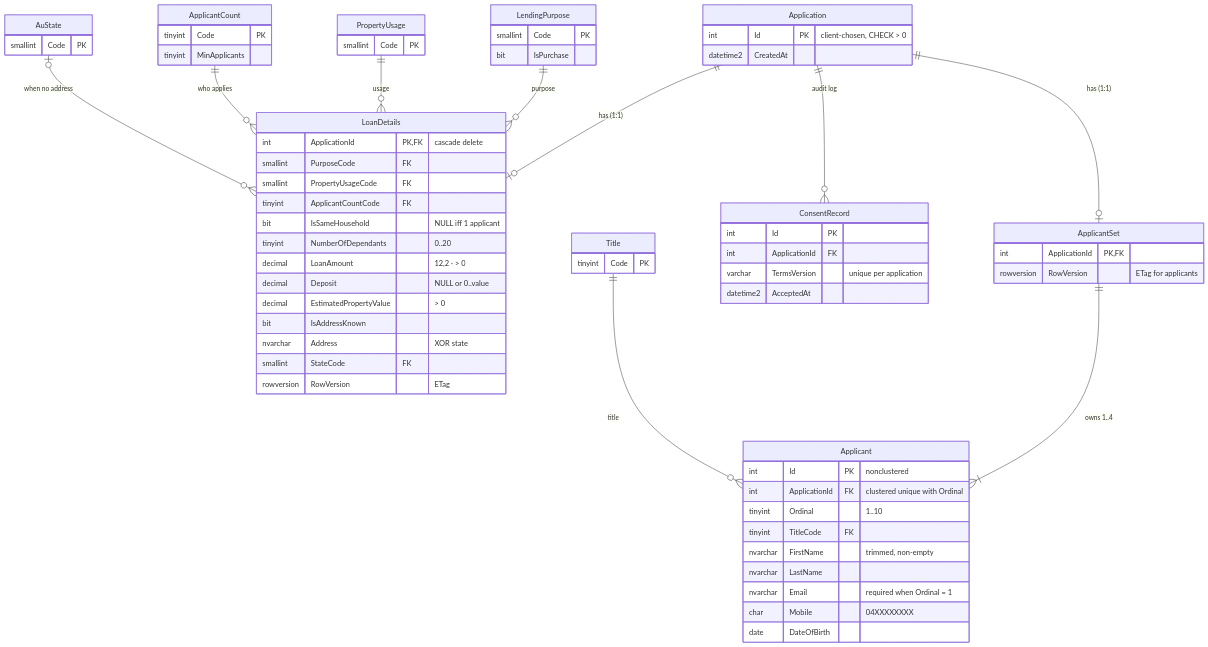
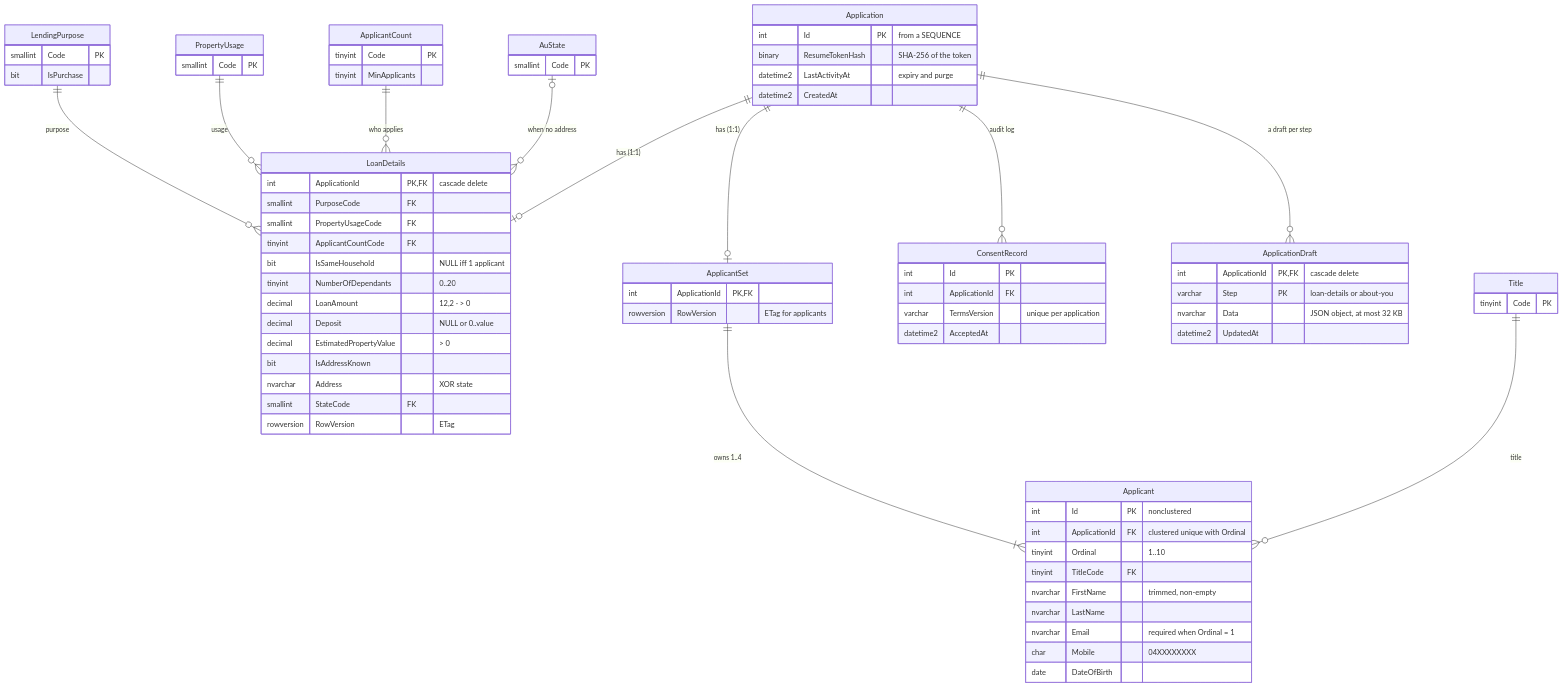
Before and after one commit to peterkovalsky/home-loan-prequal: the fourth of 9 diagrams in NOTES.md, drawn with Mermaid. The commit also changed other lines of this file and 9 other files, not shown here.

````diff
--- a/NOTES.md
+++ b/NOTES.md
@@ -157,70 +158,79 @@
 ```mermaid
 erDiagram
     Application ||--o| LoanDetails : "has (1:1)"
     Application ||--o| ApplicantSet : "has (1:1)"
     ApplicantSet ||--|{ Applicant : "owns 1..4"
     Application ||--o{ ConsentRecord : "audit log"
+    Application ||--o{ ApplicationDraft : "a draft per step"
     LendingPurpose ||--o{ LoanDetails : "purpose"
     PropertyUsage ||--o{ LoanDetails : "usage"
     ApplicantCount ||--o{ LoanDetails : "who applies"
     AuState |o--o{ LoanDetails : "when no address"
     Title ||--o{ Applicant : "title"
 
     Application {
-        int Id PK "client-chosen, CHECK > 0"
+        int Id PK "from a SEQUENCE"
+        binary ResumeTokenHash "SHA-256 of the token"
+        datetime2 LastActivityAt "expiry and purge"
         datetime2 CreatedAt
+    }
+    ApplicationDraft {
+        int ApplicationId PK, FK "cascade delete"
+        varchar Step PK "loan-details or about-you"
+        nvarchar Data "JSON object, at most 32 KB"
+        datetime2 UpdatedAt
     }
     LoanDetails {
         int ApplicationId PK, FK "cascade delete"
         smallint PurposeCode FK
         smallint PropertyUsageCode FK
         tinyint ApplicantCountCode FK
         bit IsSameHousehold "NULL iff 1 applicant"
         tinyint NumberOfDependants "0..20"
         decimal LoanAmount "12,2 · > 0"
         decimal Deposit "NULL or 0..value"
         decimal EstimatedPropertyValue "> 0"
         bit IsAddressKnown
         nvarchar Address "XOR state"
         smallint StateCode FK
         rowversion RowVersion "ETag"
     }
     ApplicantSet {
         int ApplicationId PK, FK
         rowversion RowVersion "ETag for applicants"
     }
     Applicant {
         int Id PK "nonclustered"
         int ApplicationId FK "clustered unique with Ordinal"
         tinyint Ordinal "1..10"
         tinyint TitleCode FK
         nvarchar FirstName "trimmed, non-empty"
         nvarchar LastName
         nvarchar Email "required when Ordinal = 1"
         char Mobile "04XXXXXXXX"
         date DateOfBirth
     }
     ConsentRecord {
         int Id PK
         int ApplicationId FK
         varchar TermsVersion "unique per application"
         datetime2 AcceptedAt
     }
     LendingPurpose {
         smallint Code PK
         bit IsPurchase
     }
     PropertyUsage {
         smallint Code PK
     }
     ApplicantCount {
         tinyint Code PK
         tinyint MinApplicants
     }
     AuState {
         smallint Code PK
     }
     Title {
         tinyint Code PK
     }
 ```
````
